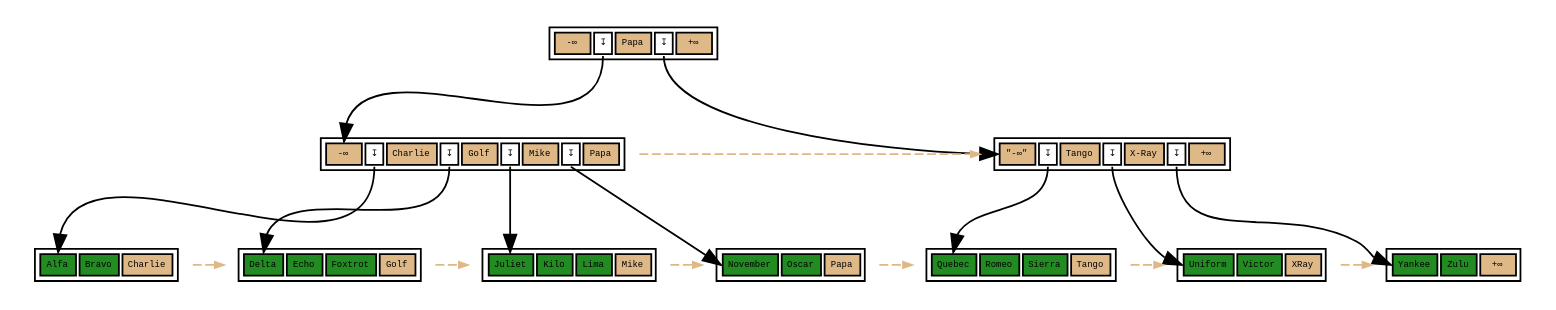
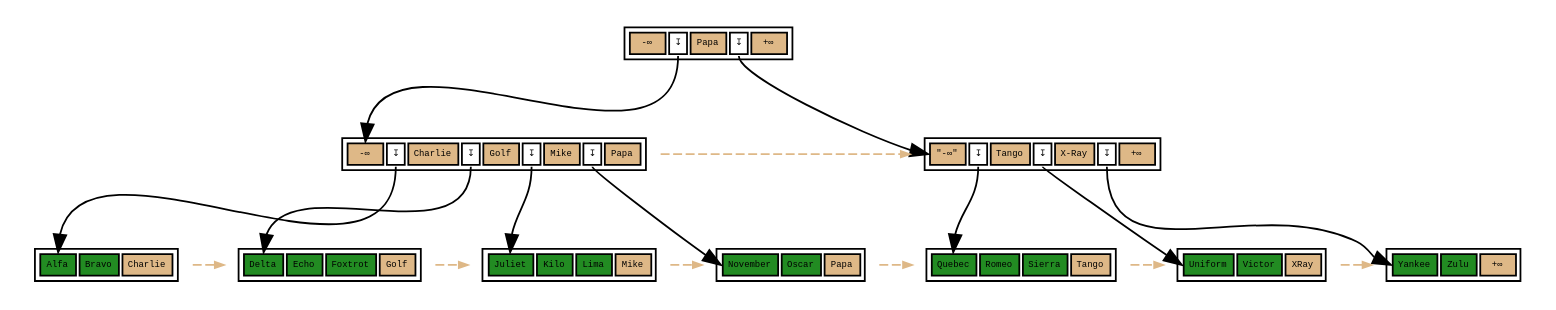
Before and after one commit to petergeoghegan/pg_query_internals: the diagram in cute-btree.dot, drawn with Graphviz.

```diff
--- a/cute-btree.dot
+++ b/cute-btree.dot
@@ -1,160 +1,165 @@
 // Example B-Tree graph
 //
 // Breadth-first order
 //
 // Start from root, go left to right
 //
 // Workflow:
 //
 // $ dot -T svg btree.dot -o btree.svg;
 
 digraph nbtree {
 graph [fontname = "monospace"];
 node [shape = none,height=.1,fontname = "monospace",fontsize=5];
 // Level 2 (Root internal level)
 rootnode[ label=<<table width="70">
                     <tr>
                         <td bgcolor='burlywood' width="20" port="f0">-&infin;</td>
                         <td bgcolor='#FFFFFF' width="1" port="f1">&#8615;</td>
                         <td bgcolor='burlywood' width="20" port="f2">Papa</td>
                         <td bgcolor='#FFFFFF' width="1" port="f3">&#8615;</td>
-                        <td bgcolor='burlywood' width="20">+&infin;</td>
+                        <td bgcolor='burlywood' width="20" port="f4">+&infin;</td>
                     </tr>
                 </table>
                >
         ];
 // Downlink arrows to children:
 "rootnode":f1 -> "leftinternal":f0
 "rootnode":f3 -> "rightinternal":f0
 // sibling pointer:
 // (None)
 
 
 // Level 1 (Internal level)
 // Downlinks + highkey:
 leftinternal[ label=<<table width="70">
                     <tr>
                         <td bgcolor='burlywood' width="20" port="f0">-&infin;</td>
                         <td bgcolor='#FFFFFF' width="1" port="f1">&#8615;</td>
                         <td bgcolor='burlywood' width="20" port="f2">Charlie</td>
                         <td bgcolor='#FFFFFF' width="1" port="f3">&#8615;</td>
                         <td bgcolor='burlywood' width="20" port="f4">Golf</td>
                         <td bgcolor='#FFFFFF' width="1" port="f5">&#8615;</td>
                         <td bgcolor='burlywood' width="20" port="f6">Mike</td>
                         <td bgcolor='#FFFFFF' width="1" port="f7">&#8615;</td>
-                        <td bgcolor='burlywood' width="20">Papa</td>
+                        <td bgcolor='burlywood' width="20" port="f8">Papa</td>
                     </tr>
                 </table>
                >
         ];
 // Downlink arrows to children:
 "leftinternal":f1 -> "leafnode_1":f0
 "leftinternal":f3 -> "leafnode_2":f0
 "leftinternal":f5 -> "leafnode_3":f0
 "leftinternal":f7 -> "leafnode_4":f0
 // sibling pointer:
 "leftinternal" -> "rightinternal"[constraint=false,color=burlywood,style=dashed,arrowsize=0.5]
 // Downlinks + highkey:
 rightinternal[ label=<<table width="70">
                     <tr>
                         <td bgcolor='burlywood' width="20" port="f0">&quot;-&infin;&quot;</td>
                         <td bgcolor='#FFFFFF' width="1" port="f1">&#8615;</td>
                         <td bgcolor='burlywood' width="20" port="f2">Tango</td>
                         <td bgcolor='#FFFFFF' width="1" port="f3">&#8615;</td>
                         <td bgcolor='burlywood' width="20" port="f4">X-Ray</td>
                         <td bgcolor='#FFFFFF' width="1" port="f5">&#8615;</td>
                         <td bgcolor='burlywood' width="20">+&infin;</td>
                     </tr>
                 </table>
                >
         ];
 // Downlink arrows to children:
 "rightinternal":f1 -> "leafnode_5":f0
 "rightinternal":f3 -> "leafnode_6":f0
 "rightinternal":f5 -> "leafnode_7":f0
 // sibling pointer:
 // (None)
 
 
 // Level 0 (leaf level)
 leafnode_1[ label=<<table width="70">
                     <tr>
                         <td bgcolor='forestgreen' width="20" port="f0">Alfa</td>
                         <td bgcolor='forestgreen' width="20" port="f1">Bravo</td>
                         <td bgcolor='burlywood' width="20">Charlie</td>
                     </tr>
                 </table>
                >
         ];
 // sibling pointer:
 "leafnode_1" -> "leafnode_2"[constraint=false,color=burlywood,style=dashed,arrowsize=0.5]
 leafnode_2[ label=<<table width="70">
                     <tr>
                         <td bgcolor='forestgreen' width="20" port="f0">Delta</td>
                         <td bgcolor='forestgreen' width="20" port="f1">Echo</td>
                         <td bgcolor='forestgreen' width="20" port="f2">Foxtrot</td>
                         <td bgcolor='burlywood' width="20">Golf</td>
                     </tr>
                 </table>
                >
         ];
 // sibling pointer:
 "leafnode_2" -> "leafnode_3"[constraint=false,color=burlywood,style=dashed,arrowsize=0.5]
 leafnode_3[ label=<<table width="70">
                     <tr>
                         <td bgcolor='forestgreen' width="20" port="f0">Juliet</td>
                         <td bgcolor='forestgreen' width="20" port="f1">Kilo</td>
                         <td bgcolor='forestgreen' width="20" port="f2">Lima</td>
                         <td bgcolor='burlywood' width="20">Mike</td>
                     </tr>
                 </table>
                >
         ];
 // sibling pointer:
 "leafnode_3" -> "leafnode_4"[constraint=false,color=burlywood,style=dashed,arrowsize=0.5]
 leafnode_4[ label=<<table width="70">
                     <tr>
                         <td bgcolor='forestgreen' width="20" port="f0">November</td>
                         <td bgcolor='forestgreen' width="20" port="f1">Oscar</td>
-                        <td bgcolor='burlywood' width="20">Papa</td>
+                        <td bgcolor='burlywood' width="20" port="f2">Papa</td>
                     </tr>
                 </table>
                >
         ];
 // sibling pointer:
 "leafnode_4" -> "leafnode_5"[constraint=false,color=burlywood,style=dashed,arrowsize=0.5]
 leafnode_5[ label=<<table width="70">
                     <tr>
                         <td bgcolor='forestgreen' width="20" port="f0">Quebec</td>
                         <td bgcolor='forestgreen' width="20" port="f1">Romeo</td>
                         <td bgcolor='forestgreen' width="20" port="f2">Sierra</td>
                         <td bgcolor='burlywood' width="20">Tango</td>
                     </tr>
                 </table>
                >
         ];
 // sibling pointer:
 "leafnode_5" -> "leafnode_6"[constraint=false,color=burlywood,style=dashed,arrowsize=0.5]
 leafnode_6[ label=<<table width="70">
                     <tr>
                         <td bgcolor='forestgreen' width="20" port="f0">Uniform</td>
                         <td bgcolor='forestgreen' width="20" port="f1">Victor</td>
                         <td bgcolor='burlywood' width="20">XRay</td>
                     </tr>
                 </table>
                >
         ];
 // sibling pointer:
 "leafnode_6" -> "leafnode_7"[constraint=false,color=burlywood,style=dashed,arrowsize=0.5]
 leafnode_7[ label=<<table width="70">
                     <tr>
                         <td bgcolor='forestgreen' width="20" port="f0">Yankee</td>
                         <td bgcolor='forestgreen' width="20" port="f1">Zulu</td>
                         <td bgcolor='burlywood' width="20">+&infin;</td>
                     </tr>
                 </table>
                >
         ];
 // sibling pointer:
 // (None)
+
+// Force alignment from root to internal to leaf levels:
+edge[style=invis];
+"rootnode":f2 -> "leftinternal":f8
+"rootnode":f4 -> "leafnode_4":f2
 }
```
